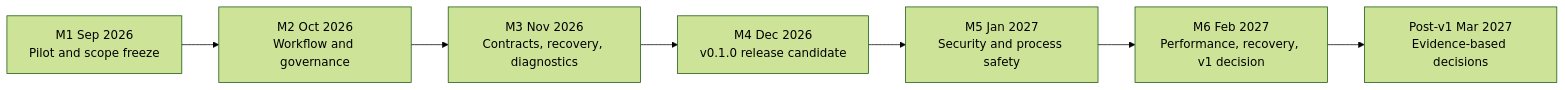
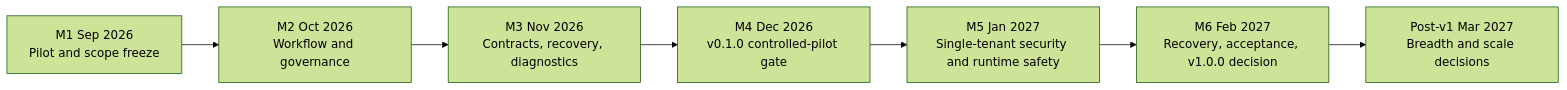
One commit to rrahimi-uci/caliber-suite changed the diagram in docs-site/m-18-roadmap.md. Above: the diagram before and after it, drawn with Mermaid (forest theme). The commit also changed other lines of this file and 9 other files, not shown here.

Commit message:
docs: define enterprise single-tenant v1 MVP plan (#161)

````diff
--- a/docs-site/m-18-roadmap.md
+++ b/docs-site/m-18-roadmap.md
@@ -37,9 +37,9 @@
 ```mermaid
 flowchart LR
   M1["M1 Sep 2026<br/>Pilot and scope freeze"] --> M2["M2 Oct 2026<br/>Workflow and governance"]
   M2 --> M3["M3 Nov 2026<br/>Contracts, recovery, diagnostics"]
-  M3 --> M4["M4 Dec 2026<br/>v0.1.0 release candidate"]
-  M4 --> M5["M5 Jan 2027<br/>Security and process safety"]
-  M5 --> M6["M6 Feb 2027<br/>Performance, recovery, v1 decision"]
-  M6 --> PV["Post-v1 Mar 2027<br/>Evidence-based decisions"]
+  M3 --> M4["M4 Dec 2026<br/>v0.1.0 controlled-pilot gate"]
+  M4 --> M5["M5 Jan 2027<br/>Single-tenant security and runtime safety"]
+  M5 --> M6["M6 Feb 2027<br/>Recovery, acceptance, v1.0.0 decision"]
+  M6 --> PV["Post-v1 Mar 2027<br/>Breadth and scale decisions"]
 ```
````
